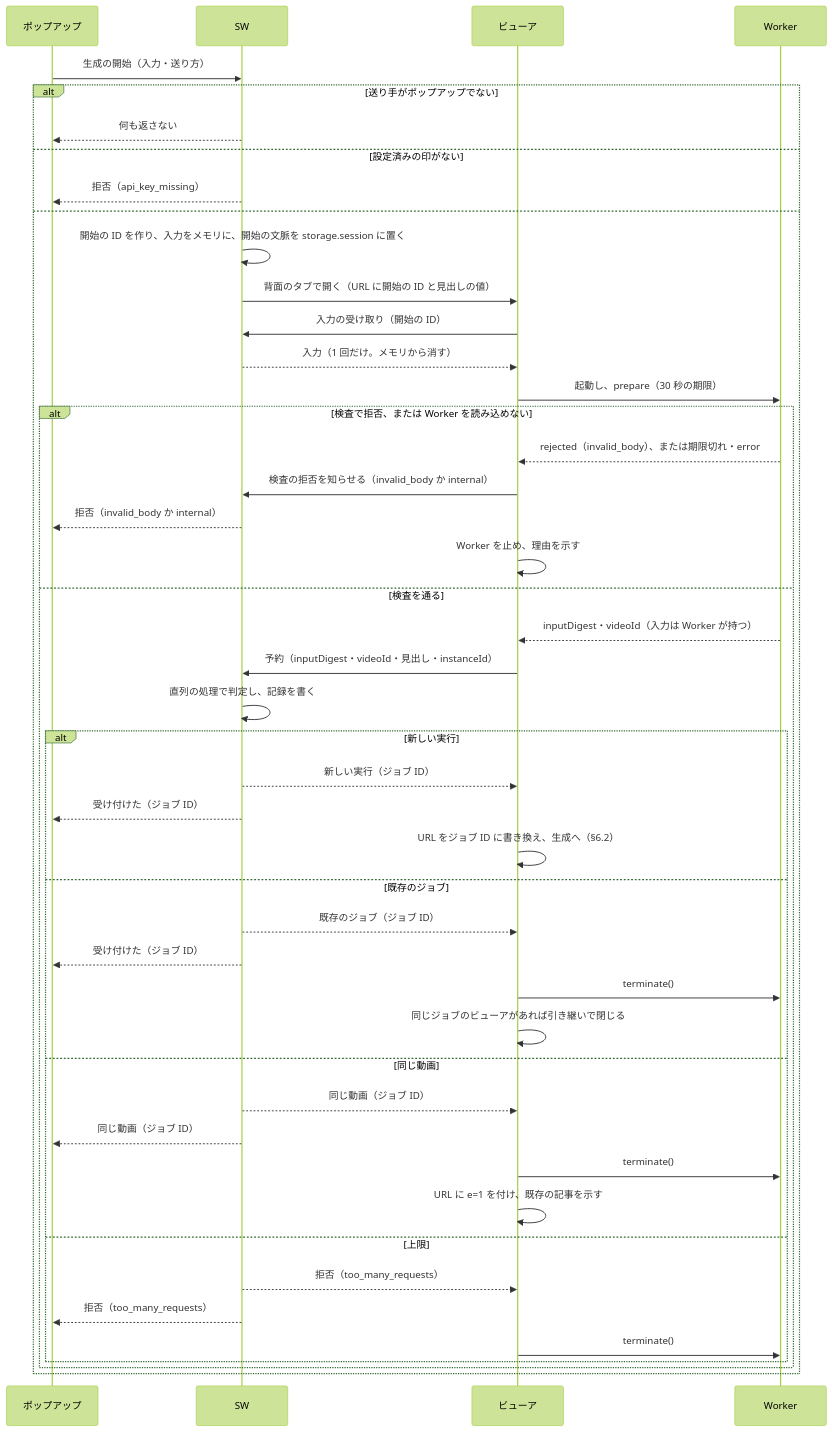
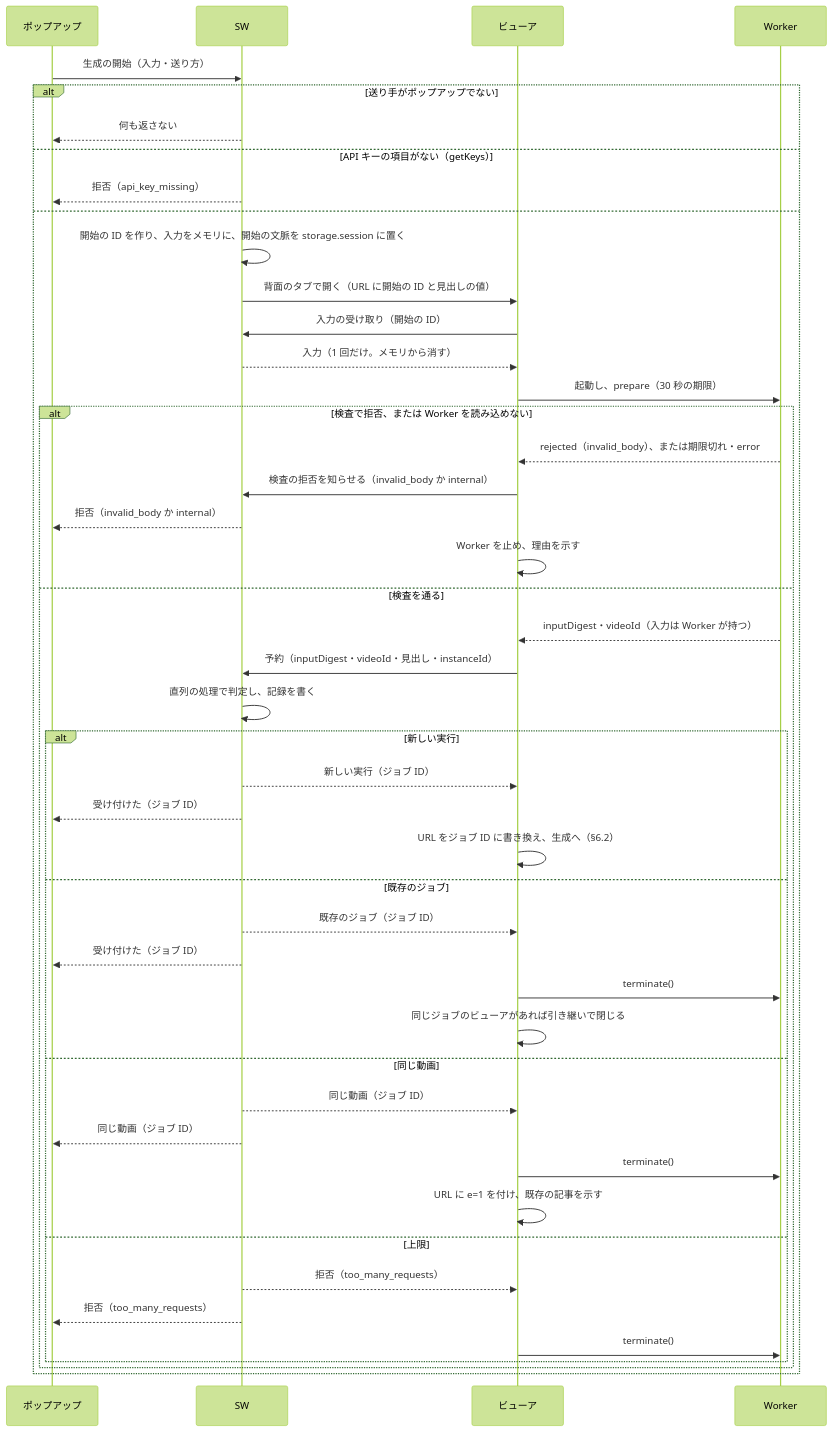
Before and after one commit to isseis/yt2column: the sixth of 9 diagrams in docs/tasks/0090_extension_only_architecture/02_architecture.md, drawn with Mermaid (forest theme). The commit also changed other lines of this file and 5 other files, not shown here.

First line of the commit message:
docs(0090): set the minimum Chrome version by the one-year rule and check the API key with getKeys

````diff
--- a/docs/tasks/0090_extension_only_architecture/02_architecture.md
+++ b/docs/tasks/0090_extension_only_architecture/02_architecture.md
@@ -1099,49 +1099,49 @@
 ```mermaid
 sequenceDiagram
     participant P as ポップアップ
     participant S as SW
     participant V as ビューア
     participant W as Worker
 
     P->>S: 生成の開始（入力・送り方）
     alt 送り手がポップアップでない
         S-->>P: 何も返さない
-    else 設定済みの印がない
+    else API キーの項目がない（getKeys）
         S-->>P: 拒否（api_key_missing）
     else
         S->>S: 開始の ID を作り、入力をメモリに、開始の文脈を storage.session に置く
         S->>V: 背面のタブで開く（URL に開始の ID と見出しの値）
         V->>S: 入力の受け取り（開始の ID）
         S-->>V: 入力（1 回だけ。メモリから消す）
         V->>W: 起動し、prepare（30 秒の期限）
         alt 検査で拒否、または Worker を読み込めない
             W-->>V: rejected（invalid_body）、または期限切れ・error
             V->>S: 検査の拒否を知らせる（invalid_body か internal）
             S-->>P: 拒否（invalid_body か internal）
             V->>V: Worker を止め、理由を示す
         else 検査を通る
             W-->>V: inputDigest・videoId（入力は Worker が持つ）
             V->>S: 予約（inputDigest・videoId・見出し・instanceId）
             S->>S: 直列の処理で判定し、記録を書く
             alt 新しい実行
                 S-->>V: 新しい実行（ジョブ ID）
                 S-->>P: 受け付けた（ジョブ ID）
                 V->>V: URL をジョブ ID に書き換え、生成へ（§6.2）
             else 既存のジョブ
                 S-->>V: 既存のジョブ（ジョブ ID）
                 S-->>P: 受け付けた（ジョブ ID）
                 V->>W: terminate()
                 V->>V: 同じジョブのビューアがあれば引き継いで閉じる
             else 同じ動画
                 S-->>V: 同じ動画（ジョブ ID）
                 S-->>P: 同じ動画（ジョブ ID）
                 V->>W: terminate()
                 V->>V: URL に e=1 を付け、既存の記事を示す
             else 上限
                 S-->>V: 拒否（too_many_requests）
                 S-->>P: 拒否（too_many_requests）
                 V->>W: terminate()
             end
         end
     end
 ```
````
